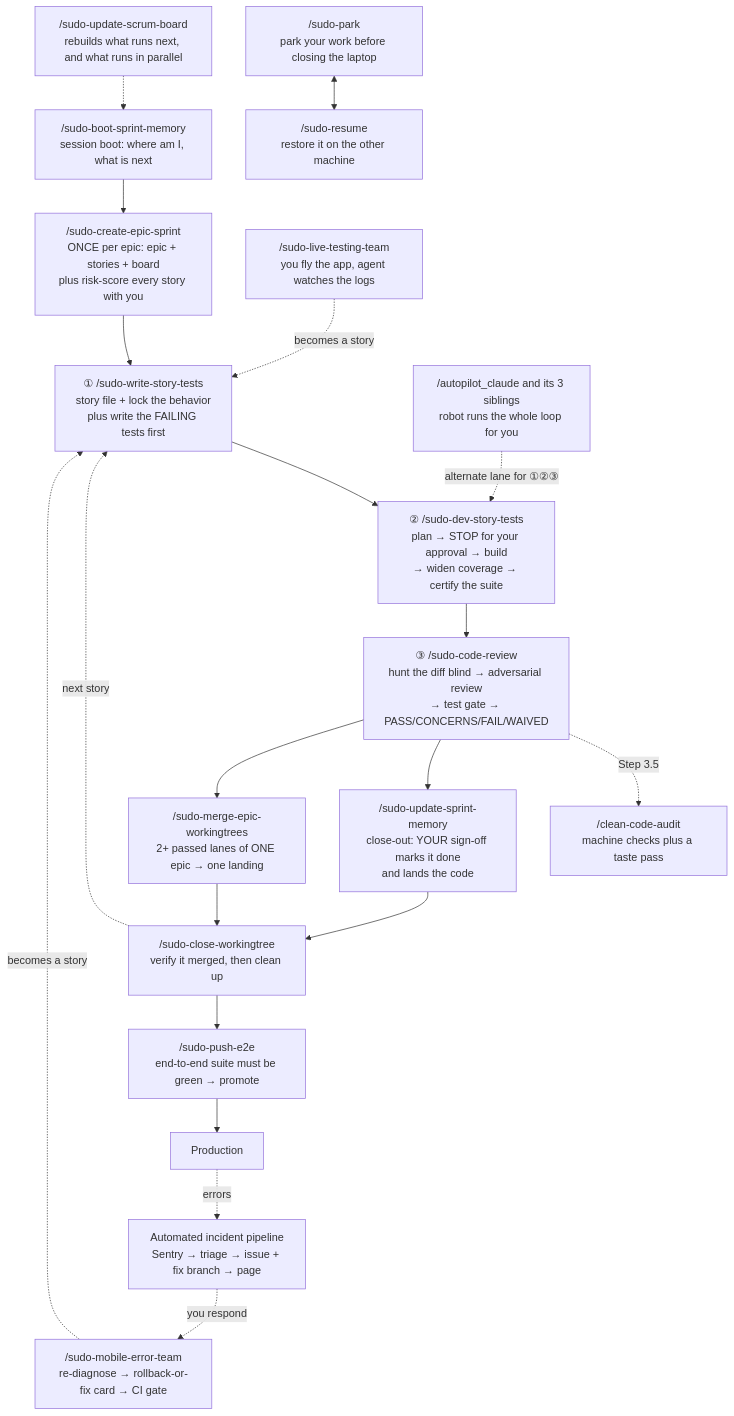
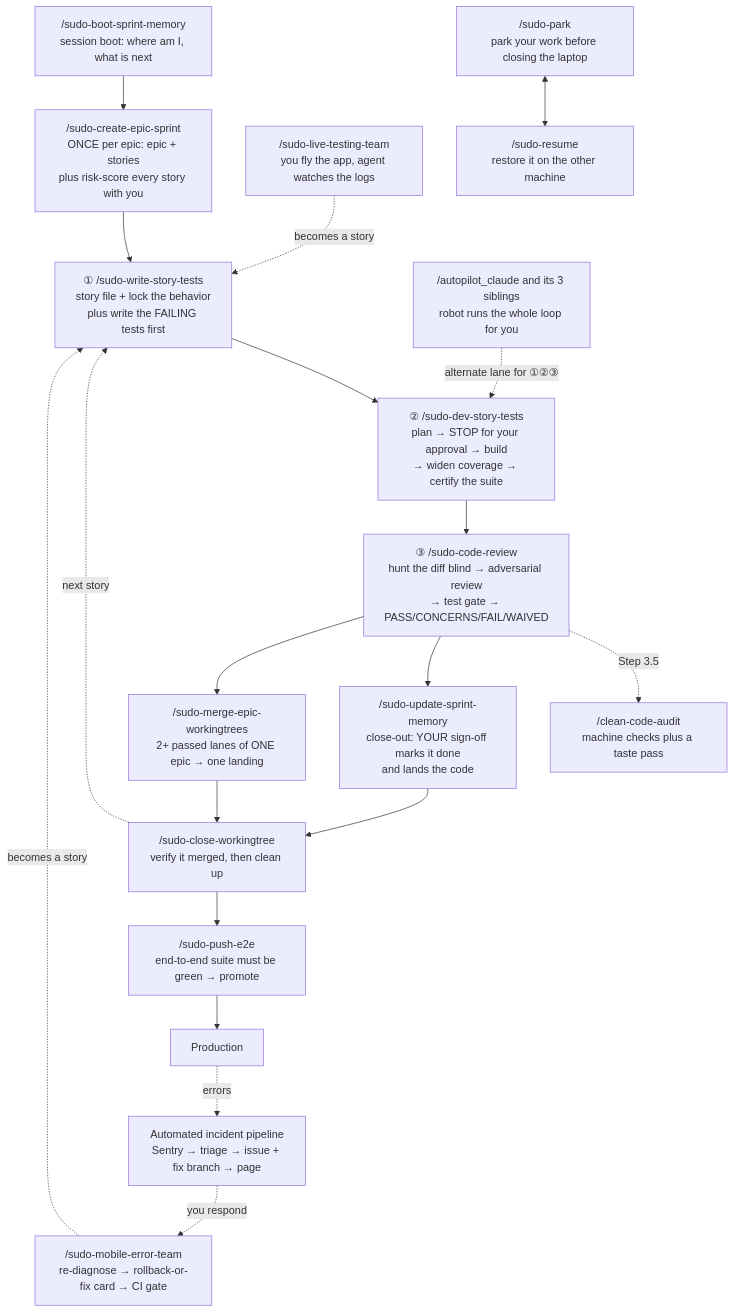
Before and after one commit to sudomadhatter/Sudo_Hatter_Command: the first of 8 diagrams in _my_resources/_quick_reference/sudo_workflows_testing.md, drawn with Mermaid. The commit also changed other lines of this file and 17 other files, not shown here.

First line of the commit message:
SCC-13 chore(board): retire the scrum-board apparatus — Jira is the human view

````diff
--- a/_my_resources/_quick_reference/sudo_workflows_testing.md
+++ b/_my_resources/_quick_reference/sudo_workflows_testing.md
@@ -55,22 +54,21 @@
 ```mermaid
 flowchart TD
-    BOOT["/sudo-boot-sprint-memory\nsession boot: where am I, what is next"] --> KICK["/sudo-create-epic-sprint\nONCE per epic: epic + stories + board\nplus risk-score every story with you"]
+    BOOT["/sudo-boot-sprint-memory\nsession boot: where am I, what is next"] --> KICK["/sudo-create-epic-sprint\nONCE per epic: epic + stories\nplus risk-score every story with you"]
     KICK --> ONE["① /sudo-write-story-tests\nstory file + lock the behavior\nplus write the FAILING tests first"]
     ONE --> TWO["② /sudo-dev-story-tests\nplan → STOP for your approval → build\n→ widen coverage → certify the suite"]
     TWO --> THREE["③ /sudo-code-review\nhunt the diff blind → adversarial review\n→ test gate → PASS/CONCERNS/FAIL/WAIVED"]
     THREE -.->|"Step 3.5"| CLEAN["/clean-code-audit\nmachine checks plus a taste pass"]
     THREE --> CLOSE["/sudo-update-sprint-memory\nclose-out: YOUR sign-off marks it done\nand lands the code"]
     THREE --> MERGE["/sudo-merge-epic-workingtrees\n2+ passed lanes of ONE epic → one landing"]
     CLOSE --> CLOSEWT["/sudo-close-workingtree\nverify it merged, then clean up"]
     MERGE --> CLOSEWT
     CLOSEWT -.->|"next story"| ONE
     CLOSEWT --> SHIP["/sudo-push-e2e\nend-to-end suite must be green → promote"]
     SHIP --> PROD["Production"]
     PROD -.->|"errors"| SEC["Automated incident pipeline\nSentry → triage → issue + fix branch → page"]
     SEC -.->|"you respond"| MOBERR["/sudo-mobile-error-team\nre-diagnose → rollback-or-fix card → CI gate"]
     MOBERR -.->|"becomes a story"| ONE
     LIVE["/sudo-live-testing-team\nyou fly the app, agent watches the logs"] -.->|"becomes a story"| ONE
     AP["/autopilot_claude and its 3 siblings\nrobot runs the whole loop for you"] -.->|"alternate lane for ①②③"| TWO
-    BOARD["/sudo-update-scrum-board\nrebuilds what runs next, and what runs in parallel"] -.-> BOOT
     PARK["/sudo-park\npark your work before closing the laptop"] <--> RESUME["/sudo-resume\nrestore it on the other machine"]
 ```
````
